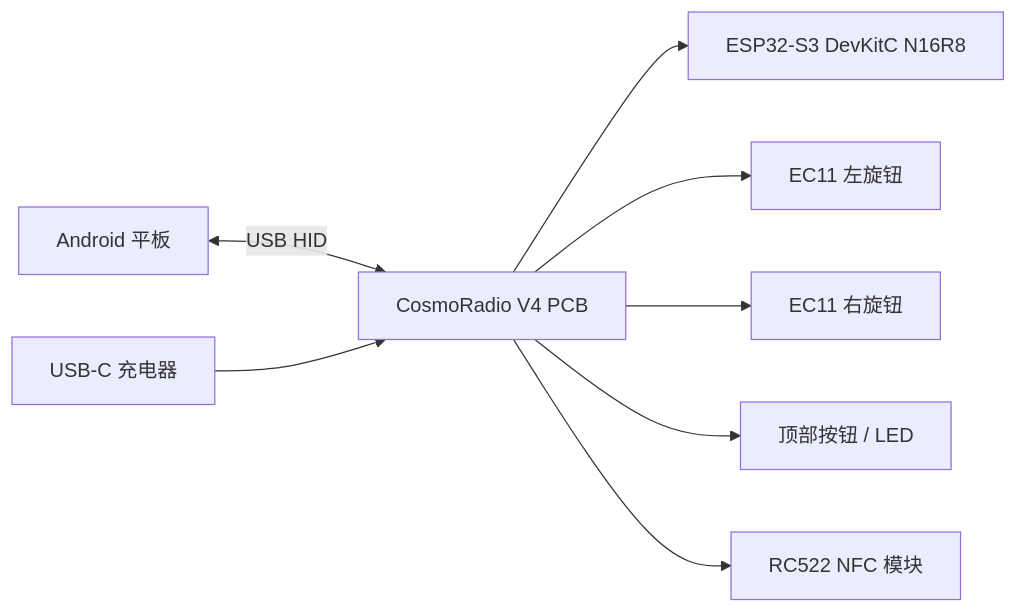
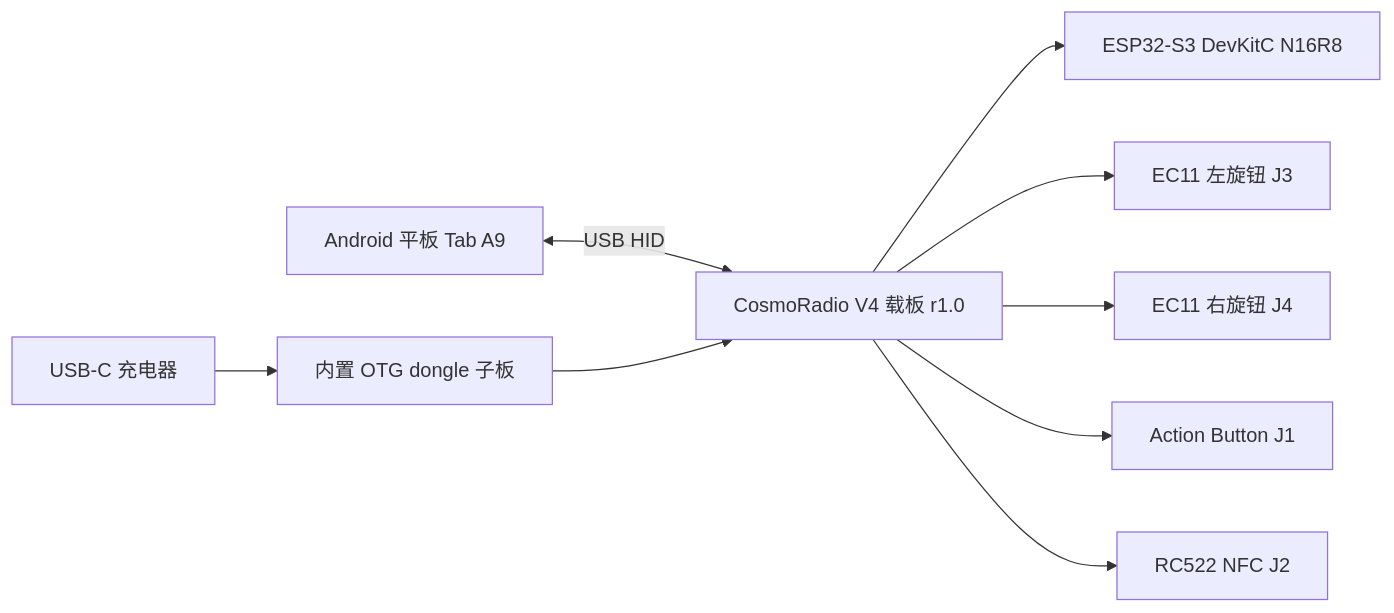
Before and after one commit to RogerHao/cosmo-radio: the diagram in pcb/README.md, drawn with Mermaid. The commit also changed other lines of this file and 32 other files, not shown here.

````diff
--- a/pcb/README.md
+++ b/pcb/README.md
@@ -70,10 +74,11 @@
 ```mermaid
 flowchart LR
-    tablet[Android 平板] <-- USB HID --> pcb[CosmoRadio V4 PCB]
-    charger[USB-C 充电器] --> pcb
+    tablet[Android 平板 Tab A9] <-- USB HID --> pcb[CosmoRadio V4 载板 r1.0]
+    charger[USB-C 充电器] --> dongle[内置 OTG dongle 子板]
+    dongle --> pcb
     pcb --> devkit[ESP32-S3 DevKitC N16R8]
-    pcb --> enc1[EC11 左旋钮]
-    pcb --> enc2[EC11 右旋钮]
-    pcb --> top[顶部按钮 / LED]
-    pcb --> nfc[RC522 NFC 模块]
+    pcb --> enc1[EC11 左旋钮 J3]
+    pcb --> enc2[EC11 右旋钮 J4]
+    pcb --> btn[Action Button J1]
+    pcb --> nfc[RC522 NFC J2]
 ```
````
